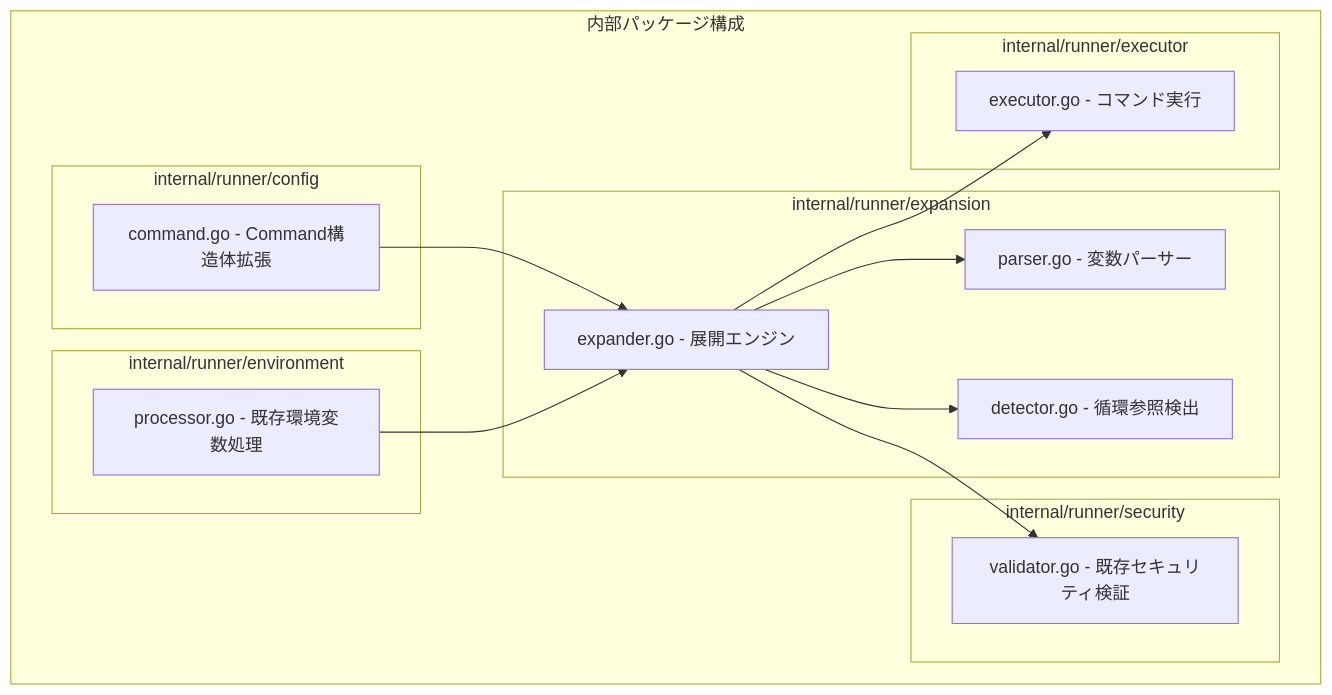
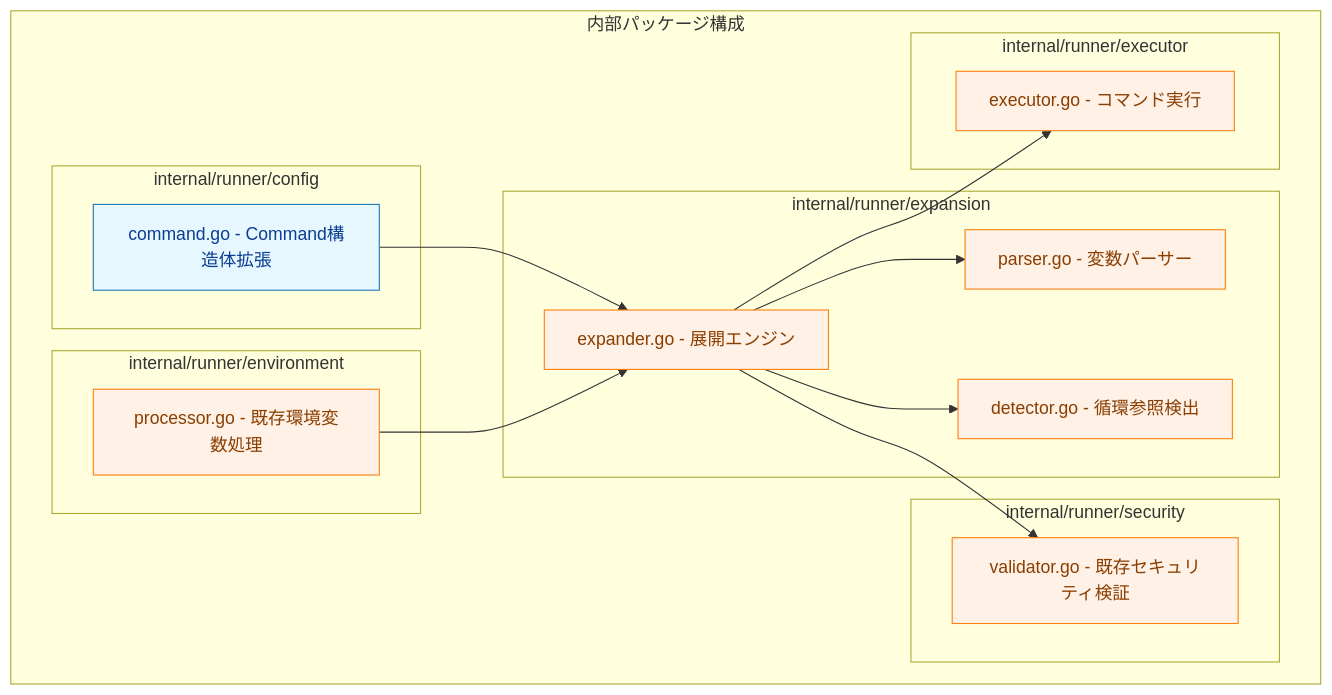
One commit to isseis/go-safe-cmd-runner changed the third of 7 diagrams in docs/tasks/0026_variable_expansion/02_architecture.md. Above: the diagram before and after it, drawn with Mermaid. The commit also changed other lines of this file, not shown here.

First line of the commit message:
docs: add legend and color-coded Mermaid diagrams for data vs process

````diff
--- a/docs/tasks/0026_variable_expansion/02_architecture.md
+++ b/docs/tasks/0026_variable_expansion/02_architecture.md
@@ -53,33 +78,42 @@
 ```mermaid
+%% Component graph with data/process coloring
 graph TB
+    classDef data fill:#e6f7ff,stroke:#1f77b4,stroke-width:1px,color:#0b3d91;
+    classDef process fill:#fff1e6,stroke:#ff7f0e,stroke-width:1px,color:#8a3e00;
+
     subgraph "内部パッケージ構成"
         subgraph "internal/runner/expansion"
             A[expander.go - 展開エンジン]
             B[parser.go - 変数パーサー]
             D[detector.go - 循環参照検出]
         end
 
         subgraph "internal/runner/config"
             E[command.go - Command構造体拡張]
         end
 
         subgraph "internal/runner/environment"
             F[processor.go - 既存環境変数処理]
         end
 
         subgraph "internal/runner/security"
             C[validator.go - 既存セキュリティ検証]
         end
 
         subgraph "internal/runner/executor"
             G[executor.go - コマンド実行]
         end
     end
 
     A --> B
     A --> C
     A --> D
     E --> A
     F --> A
     A --> G
+
+    %% Assign classes: treat files that are primarily data as data, others as process
+    class E data;
+    class A,B,D,F,C,G process;
+
 ```
````
